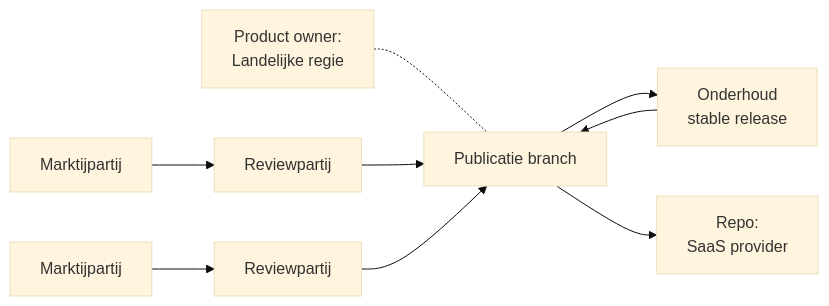
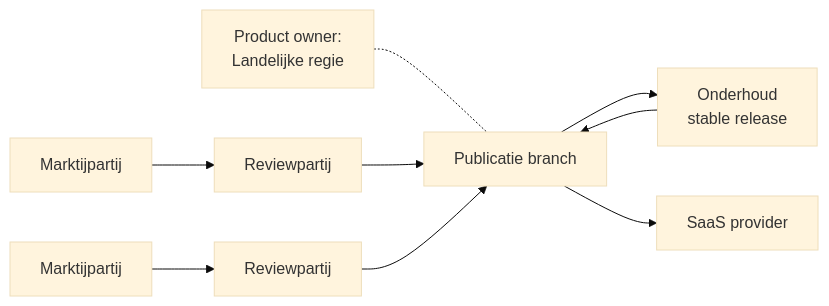
Before and after one commit to open-zaak/samenwerken: the third of 3 diagrams in stappen-openzaak/openzaak-ecosysteem.md, drawn with Mermaid (base theme).

Commit message:
simplify

````diff
--- a/stappen-openzaak/openzaak-ecosysteem.md
+++ b/stappen-openzaak/openzaak-ecosysteem.md
@@ -54,22 +54,22 @@
 ```mermaid
 graph LR
     %% Nodes
     Dev1["Marktijpartij"]
     ReviewP1["Reviewpartij"]
     Dev2["Marktijpartij"]
     Review2["Reviewpartij"]
     Upstream["Publicatie branch"]
     PO["Product owner:<br/>Landelijke regie"]
-    SaaS["Repo:<br/>SaaS provider"]
+    SaaS["SaaS provider"]
     Maint["Onderhoud<br/>stable release"]
 
     %% Connections
     PO -.- Upstream
     Dev1 --> ReviewP1
     ReviewP1 --> Upstream
     Dev2 --> Review2
     Review2 --> Upstream
     Upstream --> Maint
     Maint --> Upstream
     Upstream --> SaaS
 ```
````
